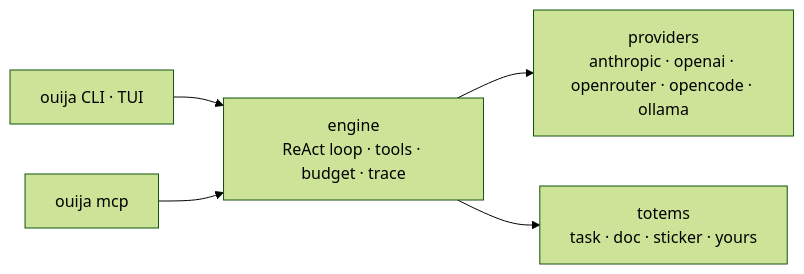
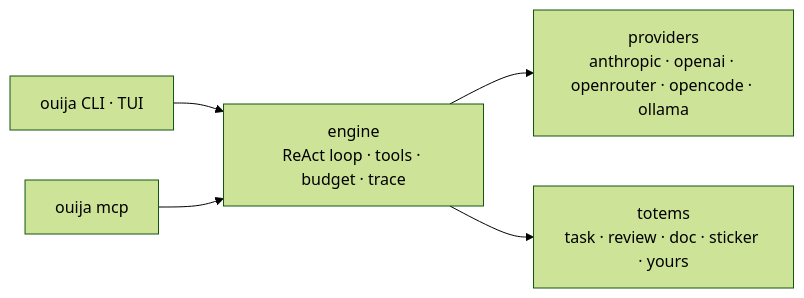
The diagram in README.md (discorgento/ouija), drawn with Mermaid (forest theme) before and after one commit. The commit also changed other lines of this file and 1 other file, not shown here.

First line of the commit message:
docs(totems): teach writing a totem with the review example

````diff
--- a/README.md
+++ b/README.md
@@ -34,7 +34,7 @@
 ```mermaid
 flowchart LR
     CLI["ouija CLI · TUI"] --> ENG["engine<br/>ReAct loop · tools · budget · trace"]
     MCP["ouija mcp"] --> ENG
     ENG --> PROV["providers<br/>anthropic · openai · openrouter · opencode · ollama"]
-    ENG --> TOTEMS["totems<br/>task · doc · sticker · yours"]
+    ENG --> TOTEMS["totems<br/>task · review · doc · sticker · yours"]
 ```
````
